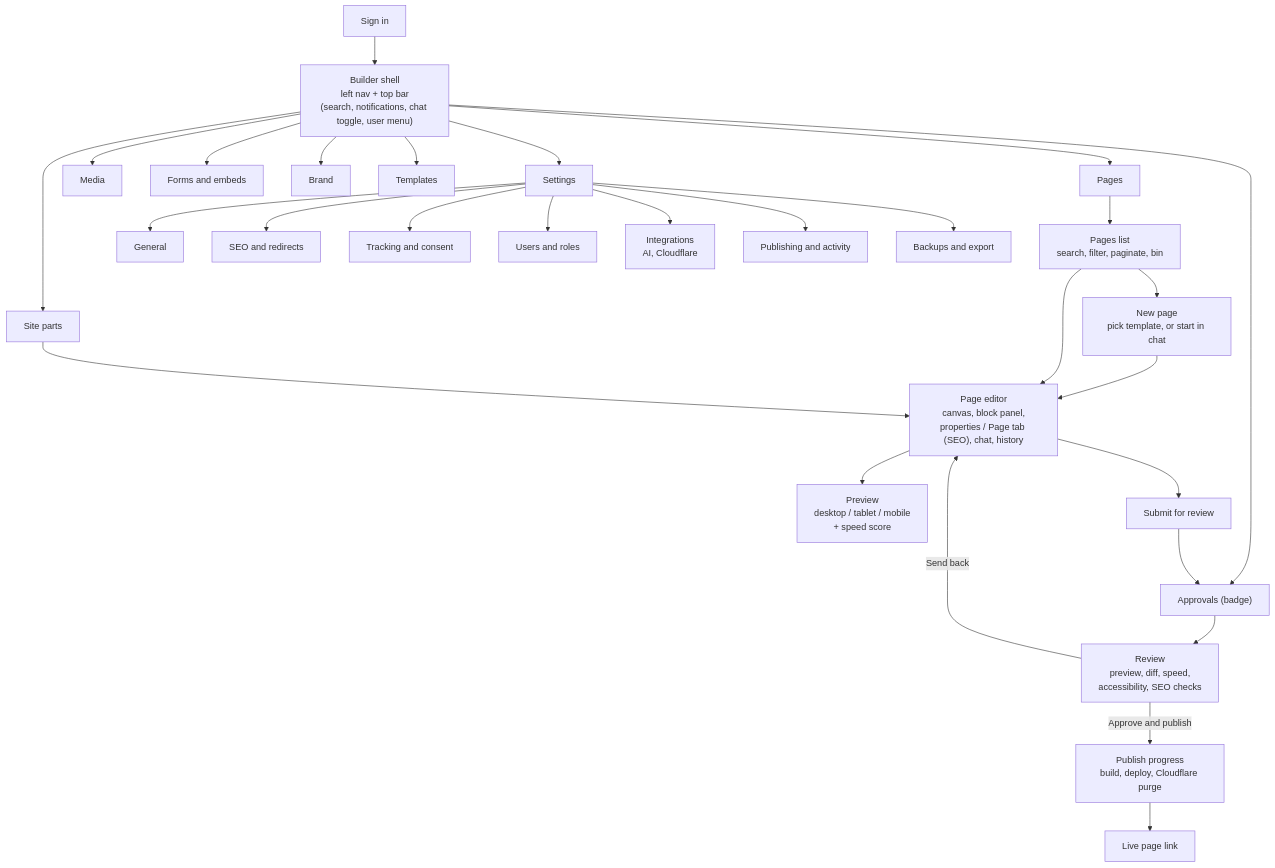
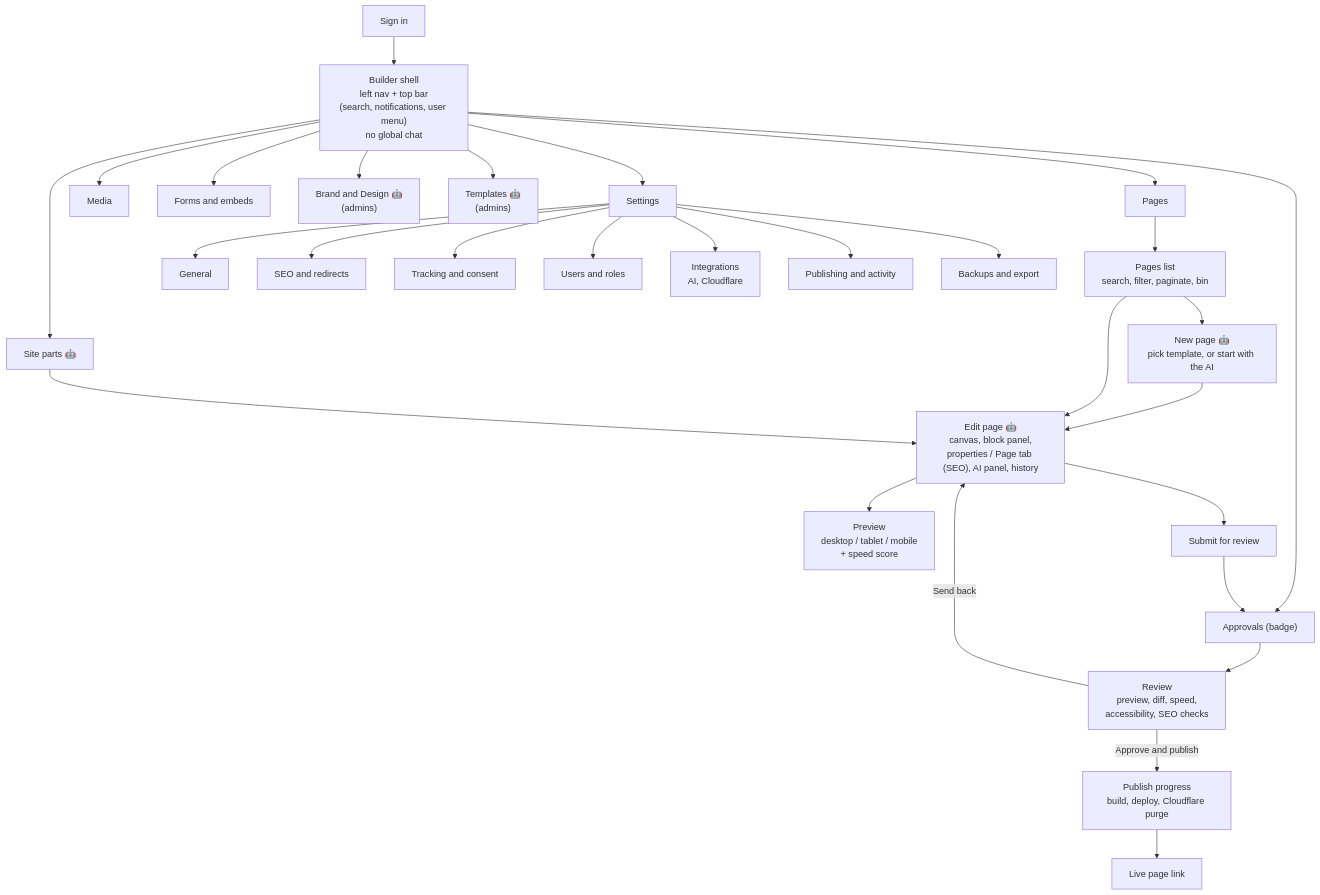
The first of 2 diagrams in docs/04-gui.md (unkn0wn1/sitebuilder), drawn with Mermaid before and after one commit. The commit also changed other lines of this file and 4 other files, not shown here.

````diff
--- a/docs/04-gui.md
+++ b/docs/04-gui.md
@@ -11,33 +11,33 @@
 ```mermaid
 flowchart TD
-  Login["Sign in"] --> Shell["Builder shell<br/>left nav + top bar<br/>(search, notifications, chat toggle, user menu)"]
+  Login["Sign in"] --> Shell["Builder shell<br/>left nav + top bar<br/>(search, notifications, user menu)<br/>no global chat"]
   Shell --> Pages["Pages"]
-  Shell --> Parts["Site parts"]
+  Shell --> Parts["Site parts 🤖"]
   Shell --> Media["Media"]
   Shell --> Forms["Forms and embeds"]
   Shell --> Approvals["Approvals (badge)"]
-  Shell --> Brand["Brand"]
-  Shell --> Templates["Templates"]
+  Shell --> Brand["Brand and Design 🤖<br/>(admins)"]
+  Shell --> Templates["Templates 🤖<br/>(admins)"]
   Shell --> Settings["Settings"]
 
   Pages --> List["Pages list<br/>search, filter, paginate, bin"]
-  List --> NewPage["New page<br/>pick template, or start in chat"]
-  NewPage --> Editor["Page editor<br/>canvas, block panel,<br/>properties / Page tab (SEO), chat, history"]
+  List --> NewPage["New page 🤖<br/>pick template, or start with the AI"]
+  NewPage --> Editor["Edit page 🤖<br/>canvas, block panel,<br/>properties / Page tab (SEO), AI panel, history"]
   List --> Editor
   Parts --> Editor
   Editor --> Preview["Preview<br/>desktop / tablet / mobile<br/>+ speed score"]
   Editor --> Submit["Submit for review"]
   Submit --> Approvals
   Approvals --> Review["Review<br/>preview, diff, speed,<br/>accessibility, SEO checks"]
   Review -->|Approve and publish| Publish["Publish progress<br/>build, deploy, Cloudflare purge"]
   Review -->|Send back| Editor
   Publish --> Live["Live page link"]
 
   Settings --> SGeneral["General"]
   Settings --> SSEO["SEO and redirects"]
   Settings --> STracking["Tracking and consent"]
   Settings --> SUsers["Users and roles"]
   Settings --> SInteg["Integrations<br/>AI, Cloudflare"]
   Settings --> SPub["Publishing and activity"]
   Settings --> SBackups["Backups and export"]
 ```
````
